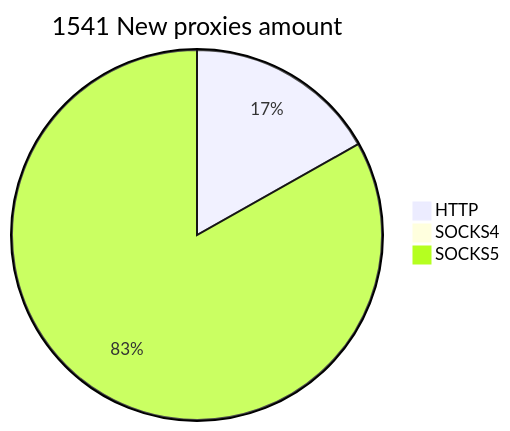
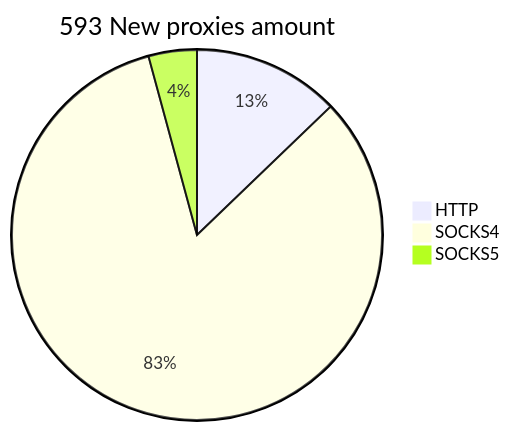
Before and after one commit to cutipu/proxylist: the second of 2 diagrams in README.md, drawn with Mermaid. The commit also changed other lines of this file, not shown here.

````diff
--- a/README.md
+++ b/README.md
@@ -10,6 +10,6 @@
 ```mermaid
-pie title 1541 New proxies amount
-    "HTTP" : 376
-    "SOCKS4" : 0
-    "SOCKS5" : 1858
+pie title 593 New proxies amount
+    "HTTP" : 76
+    "SOCKS4" : 492
+    "SOCKS5" : 25
 ```
````
